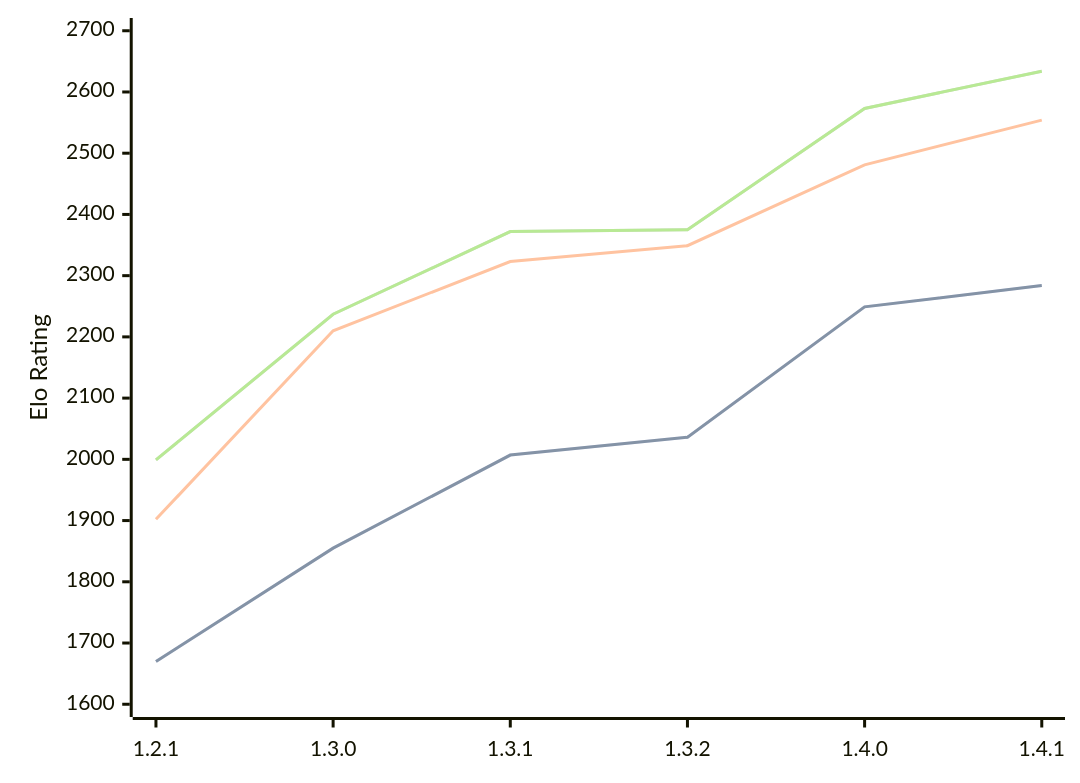
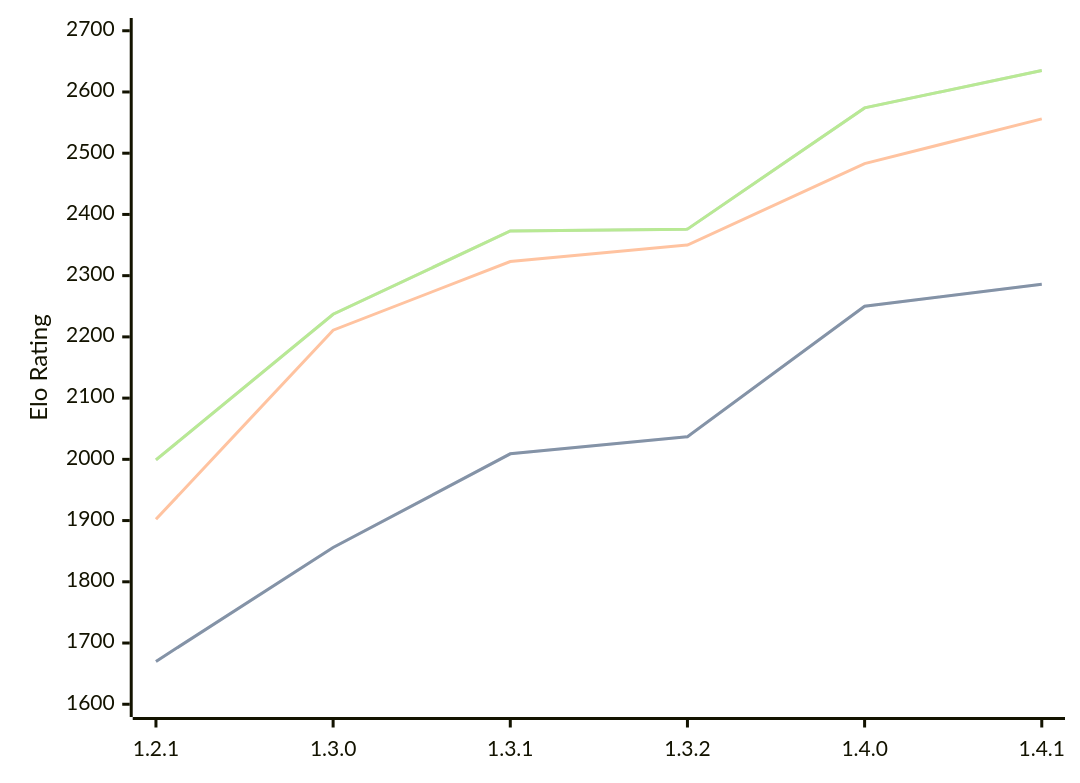
One commit to computer-chess-index/cci changed the diagram in engines/Chal.md. Above: the diagram before and after it, drawn with Mermaid. The commit also changed other lines of this file, not shown here.

Commit message:
Update CCI Ratings (ELO VLTC) - 2026-07-24

````diff
--- a/engines/Chal.md
+++ b/engines/Chal.md
@@ -39,11 +39,11 @@
 ```mermaid
 %%{init: {"theme":"base","themeVariables":{"seriesColors:['#a3a3a3','#222221','#faa371']}}}%%
 xychart-beta
   x-axis ["1.2.1", "1.3.0", "1.3.1", "1.3.2", "1.4.0", "1.4.1"]
   y-axis "Elo Rating" 1600 --> 2700
-  line "STC (8.0+0.08s)" [1670, 1855, 2007, 2036, 2249, 2284]
-  line "STC (8.0+0.08s)" [1670, 1855, 2007, 2036, 2249, 2284]
-  line "LTC (60.0+0.60s)" [1902, 2210, 2323, 2349, 2481, 2554]
-  line "VLTC (2m24s+1.12s)" [1999, 2237, 2372, 2375, 2573, 2634]
-  line "VLTC (2m24s+1.12s)" [1999, 2237, 2372, 2375, 2573, 2634]
+  line "STC (8.0+0.08s)" [1670, 1856, 2009, 2037, 2250, 2286]
+  line "STC (8.0+0.08s)" [1670, 1856, 2009, 2037, 2250, 2286]
+  line "LTC (60.0+0.60s)" [1902, 2211, 2323, 2350, 2483, 2556]
+  line "VLTC (2m24s+1.12s)" [1999, 2237, 2373, 2376, 2574, 2635]
+  line "VLTC (2m24s+1.12s)" [1999, 2237, 2373, 2376, 2574, 2635]
 ```
````
